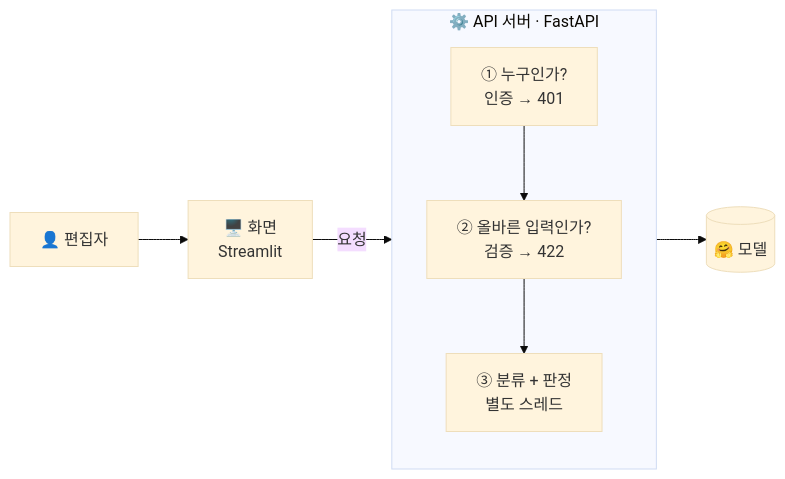
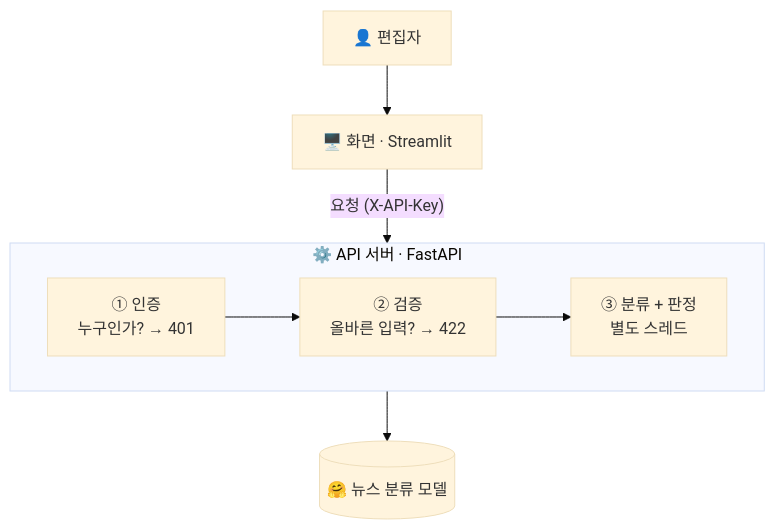
One commit to stella1298/AIFFEL_Quest_EPA changed the diagram in Serving/Serving01/README.md. Above: the diagram before and after it, drawn with Mermaid (base theme). The commit also changed 1 other file, not shown here.

Commit message:
Serving01: 아키텍처 그림 배치 개선

````diff
--- a/Serving/Serving01/README.md
+++ b/Serving/Serving01/README.md
@@ -25,11 +25,11 @@
 ```mermaid
-flowchart LR
-    U["👤 편집자"] --> S["🖥️ 화면<br/>Streamlit"]
-    S -->|요청| G
+flowchart TB
+    U["👤 편집자"] --> S["🖥️ 화면 · Streamlit"]
+    S -->|"요청 (X-API-Key)"| G
     subgraph G["⚙️ API 서버 · FastAPI"]
-        direction TB
-        A["① 누구인가?<br/>인증 → 401"] --> B["② 올바른 입력인가?<br/>검증 → 422"]
+        direction LR
+        A["① 인증<br/>누구인가? → 401"] --> B["② 검증<br/>올바른 입력? → 422"]
         B --> C["③ 분류 + 판정<br/>별도 스레드"]
     end
-    C --> M[("🤗 모델")]
+    G --> M[("🤗 뉴스 분류 모델")]
 ```
````
